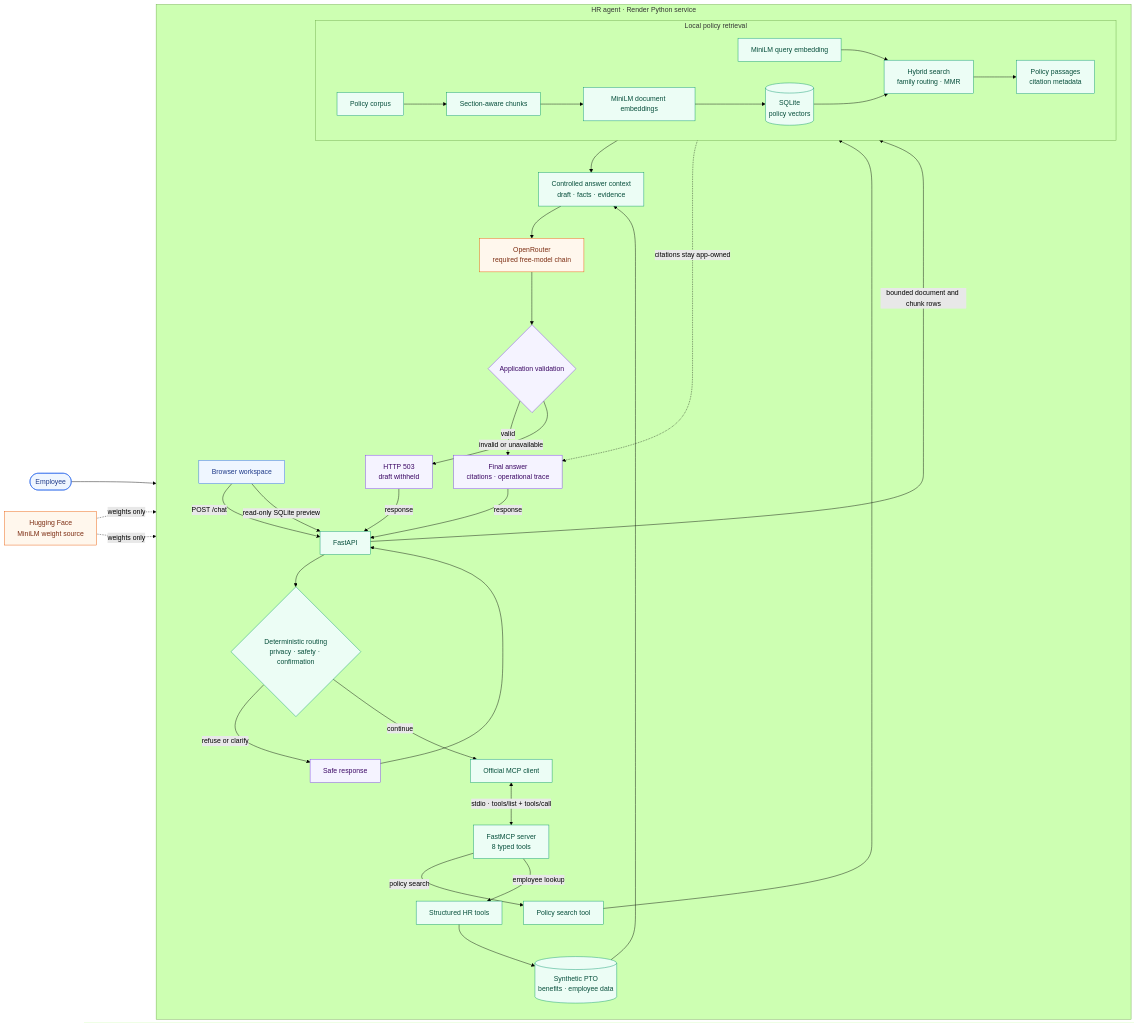
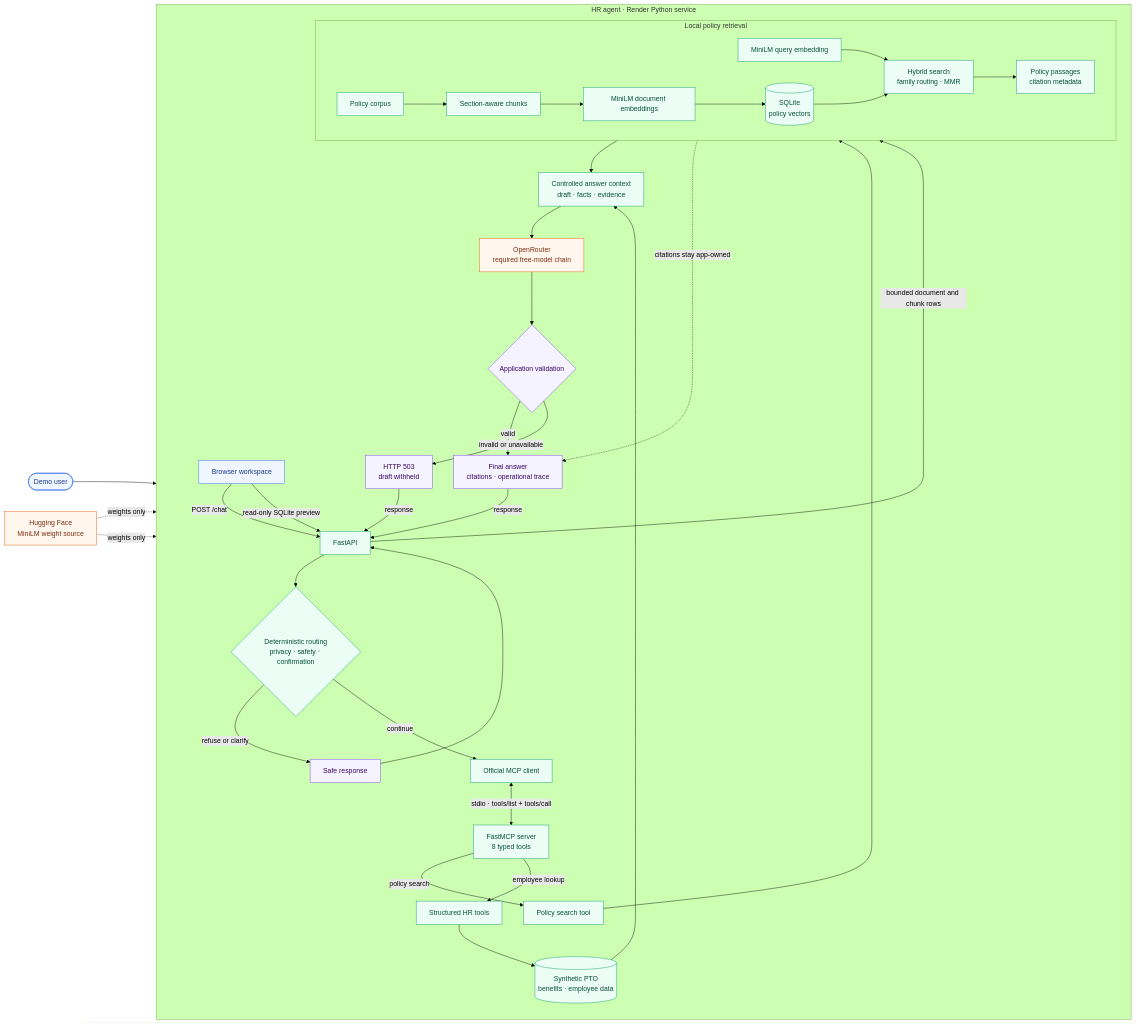
The first of 2 diagrams in README.md (MSAIE2027/Project-HR-Agent), drawn with Mermaid (forest theme) before and after one commit. The commit also changed other lines of this file and 15 other files, not shown here.

````diff
--- a/README.md
+++ b/README.md
@@ -7,55 +7,55 @@
 ```mermaid
 flowchart LR
-    Employee([Employee]) --> Browser[Browser workspace]
+    Presenter([Demo user]) --> Browser[Browser workspace]
 
     subgraph App["HR agent · Render Python service"]
         direction TB
         Browser -->|POST /chat| API[FastAPI]
         API --> Guard{Deterministic routing<br/>privacy · safety · confirmation}
         Guard -->|refuse or clarify| Refusal[Safe response]
         Guard -->|continue| Client[Official MCP client]
         Client <-->|stdio · tools/list + tools/call| Server[FastMCP server<br/>8 typed tools]
 
         Server -->|policy search| SearchTool[Policy search tool]
         Server -->|employee lookup| HRTool[Structured HR tools]
 
         subgraph Retrieval["Local policy retrieval"]
             direction LR
             Query[MiniLM query embedding] --> Search[Hybrid search<br/>family routing · MMR]
             Index[(SQLite<br/>policy vectors)] --> Search
             Search --> Evidence[Policy passages<br/>citation metadata]
             Policies[Policy corpus] --> Chunk[Section-aware chunks]
             Chunk --> DocEmbed[MiniLM document embeddings]
             DocEmbed --> Index
         end
         SearchTool --> Query
         HRTool --> Records[(Synthetic PTO<br/>benefits · employee data)]
 
         Evidence --> Context[Controlled answer context<br/>draft · facts · evidence]
         Records --> Context
         Context --> OpenRouter
         OpenRouter --> Validate{Application validation}
         Validate -->|valid| Answer[Final answer<br/>citations · operational trace]
         Validate -->|invalid or unavailable| Fail[HTTP 503<br/>draft withheld]
         Evidence -. citations stay app-owned .-> Answer
         Answer -->|response| API
         Refusal --> API
         Fail -->|response| API
 
         Browser -->|read-only SQLite preview| API
         API -->|bounded document and chunk rows| Index
     end
 
     HF[Hugging Face<br/>MiniLM weight source] -. weights only .-> Query
     HF -. weights only .-> DocEmbed
     OpenRouter[OpenRouter<br/>required free-model chain]
 
     classDef client fill:#eff6ff,stroke:#2563eb,color:#1e3a8a
     classDef local fill:#ecfdf5,stroke:#059669,color:#064e3b
     classDef external fill:#fff7ed,stroke:#ea5800,color:#7c2d12
     classDef output fill:#f5f3ff,stroke:#7c3aed,color:#3b0764
-    class Employee,Browser client
+    class Presenter,Browser client
     class API,Guard,Client,Server,SearchTool,HRTool,Query,Search,Index,Evidence,Policies,Chunk,DocEmbed,Records,Context local
     class HF,OpenRouter external
     class Refusal,Validate,Answer,Fail output
 ```
````
